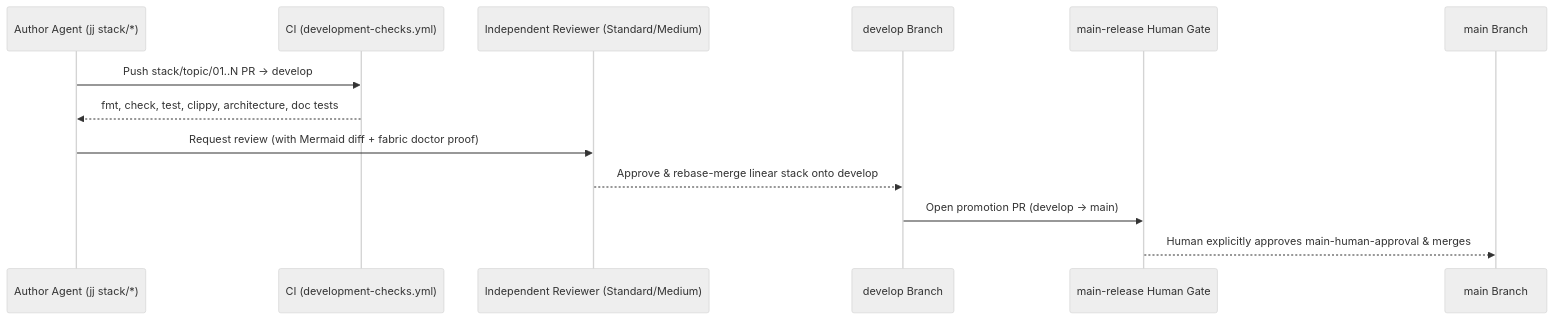
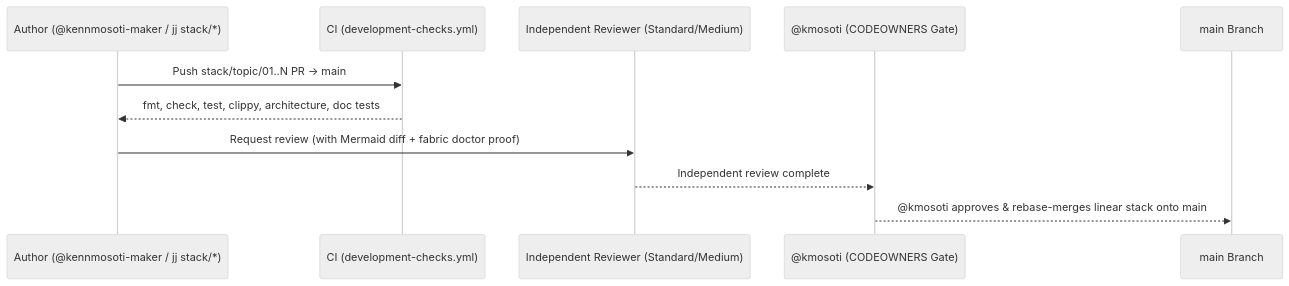
One commit to kmosoti/FabricO11y changed the fifth of 10 diagrams in docs/architecture.md. Above: the diagram before and after it, drawn with Mermaid (neutral theme). The commit also changed other lines of this file and 18 other files, not shown here.

First line of the commit message:
chore(repo): adopt single-branch main workflow with CODEOWNERS

````diff
--- a/docs/architecture.md
+++ b/docs/architecture.md
@@ -158,16 +157,14 @@
 ```mermaid
 sequenceDiagram
-    participant Author as Author Agent (jj stack/*)
+    participant Author as Author (@kennmosoti-maker / jj stack/*)
     participant CI as CI (development-checks.yml)
     participant Reviewer as Independent Reviewer (Standard/Medium)
-    participant Develop as develop Branch
-    participant Gate as main-release Human Gate
+    participant Owner as @kmosoti (CODEOWNERS Gate)
     participant Main as main Branch
 
-    Author->>CI: Push stack/topic/01..N PR -> develop
+    Author->>CI: Push stack/topic/01..N PR -> main
     CI-->>Author: fmt, check, test, clippy, architecture, doc tests
     Author->>Reviewer: Request review (with Mermaid diff + fabric doctor proof)
-    Reviewer-->>Develop: Approve & rebase-merge linear stack onto develop
-    Develop->>Gate: Open promotion PR (develop -> main)
-    Gate-->>Main: Human explicitly approves main-human-approval & merges
+    Reviewer-->>Owner: Independent review complete
+    Owner-->>Main: @kmosoti approves & rebase-merges linear stack onto main
 ```
````
